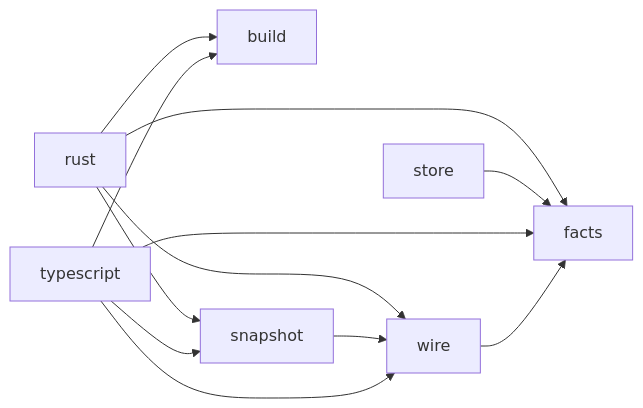
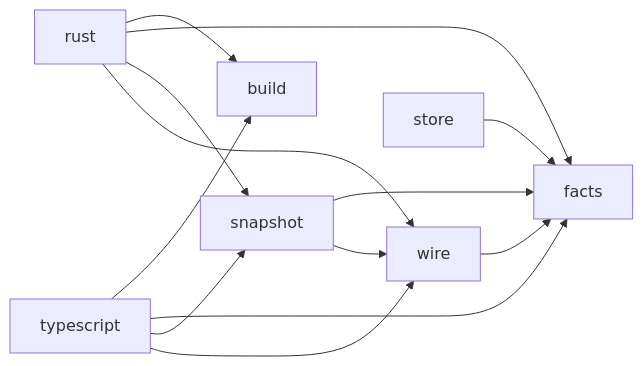
Before and after one commit to rapiddweller/archkeel: the diagram in docs/architecture/native.md, drawn with Mermaid.

Commit message:
Draw the edges store->facts and snapshot->facts in the native component graph

````diff
--- a/docs/architecture/native.md
+++ b/docs/architecture/native.md
@@ -23,14 +23,15 @@
 ```mermaid
 flowchart LR
     rust --> build
     rust --> facts
     rust --> snapshot
     rust --> wire
+    snapshot --> facts
     snapshot --> wire
     store --> facts
     typescript --> build
     typescript --> facts
     typescript --> snapshot
     typescript --> wire
     wire --> facts
 ```
````
